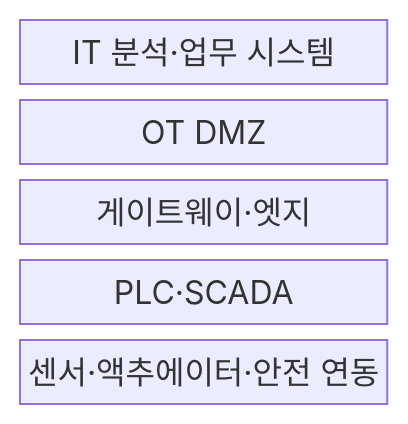
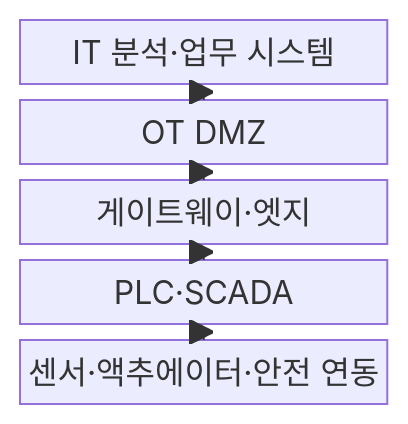
One commit to agnusdei1207/knowledge-base changed the first of 2 diagrams in src/content/docs/notes/04-network/080_industrial_iot.md. Above: the diagram before and after it, drawn with Mermaid. The commit also changed other lines of this file and 20 other files, not shown here.

````diff
--- a/src/content/docs/notes/04-network/080_industrial_iot.md
+++ b/src/content/docs/notes/04-network/080_industrial_iot.md
@@ -57,9 +62,13 @@
 ```mermaid
 block-beta
     columns 1
     IT["IT 분석·업무 시스템"]
     DMZ["OT DMZ"]
     EDGE["게이트웨이·엣지"]
     CONTROL["PLC·SCADA"]
     FIELD["센서·액추에이터·안전 연동"]
+    FIELD --> CONTROL
+    CONTROL --> EDGE
+    EDGE --> DMZ
+    DMZ --> IT
 ```
````
